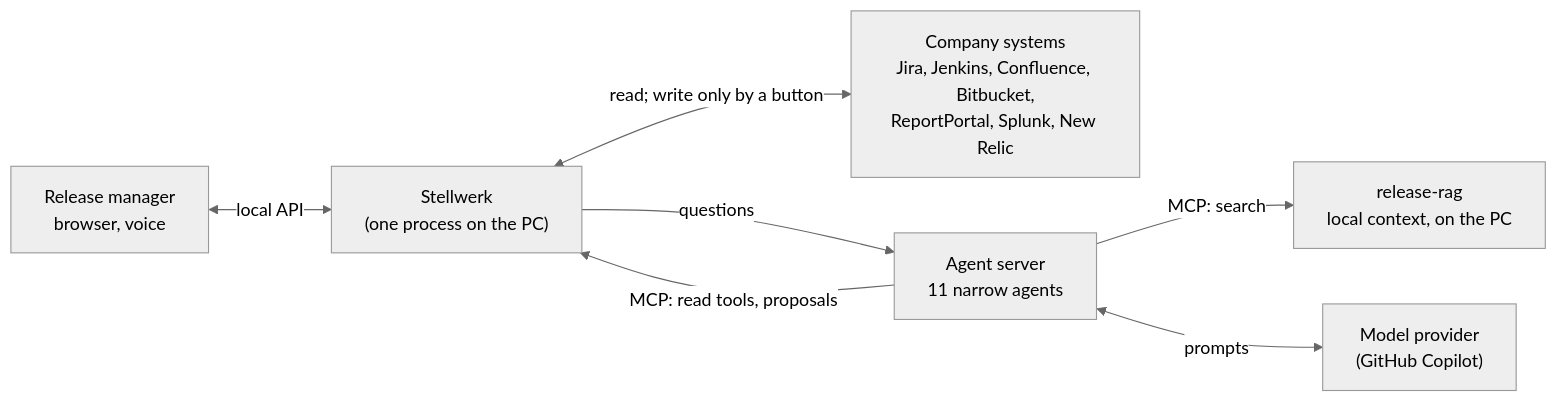
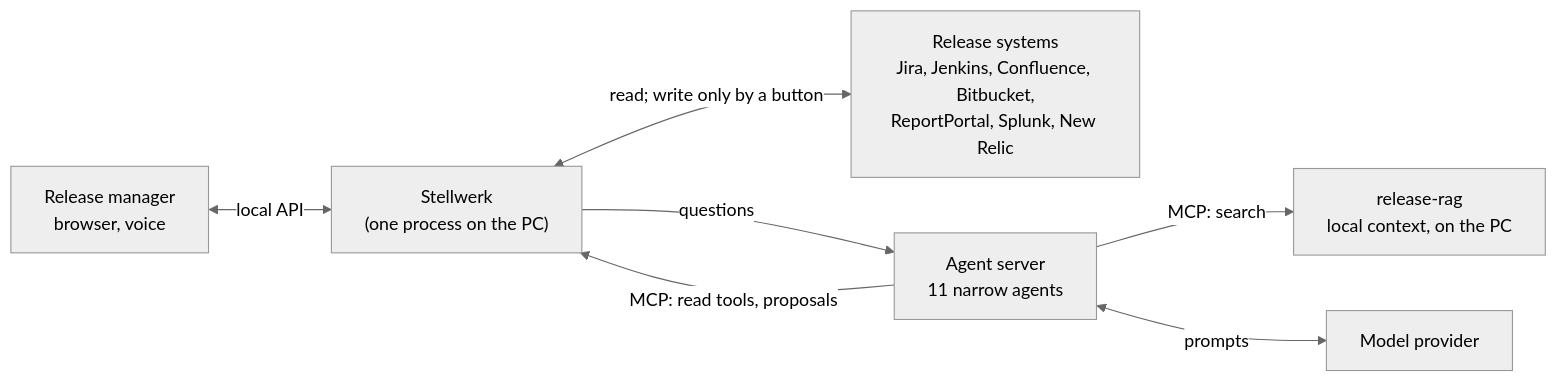
The diagram in README.md (bolevin/stellwerk-release-cockpit), drawn with Mermaid (neutral theme) before and after one commit. The commit also changed other lines of this file and 4 other files, not shown here.

First line of the commit message:
README and live demo: neutral words for the systems and the model provider; service pack steps name their branch

````diff
--- a/README.md
+++ b/README.md
@@ -95,9 +95,9 @@
 ```mermaid
 flowchart LR
     U["Release manager<br/>browser, voice"] <-->|"local API"| S["Stellwerk<br/>(one process on the PC)"]
-    S <-->|"read; write only by a button"| C["Company systems<br/>Jira, Jenkins, Confluence, Bitbucket,<br/>ReportPortal, Splunk, New Relic"]
+    S <-->|"read; write only by a button"| C["Release systems<br/>Jira, Jenkins, Confluence, Bitbucket,<br/>ReportPortal, Splunk, New Relic"]
     S -->|"questions"| A["Agent server<br/>11 narrow agents"]
     A -->|"MCP: read tools, proposals"| S
     A -->|"MCP: search"| R["release-rag<br/>local context, on the PC"]
-    A <-->|"prompts"| M["Model provider<br/>(GitHub Copilot)"]
+    A <-->|"prompts"| M["Model provider"]
 ```
````
